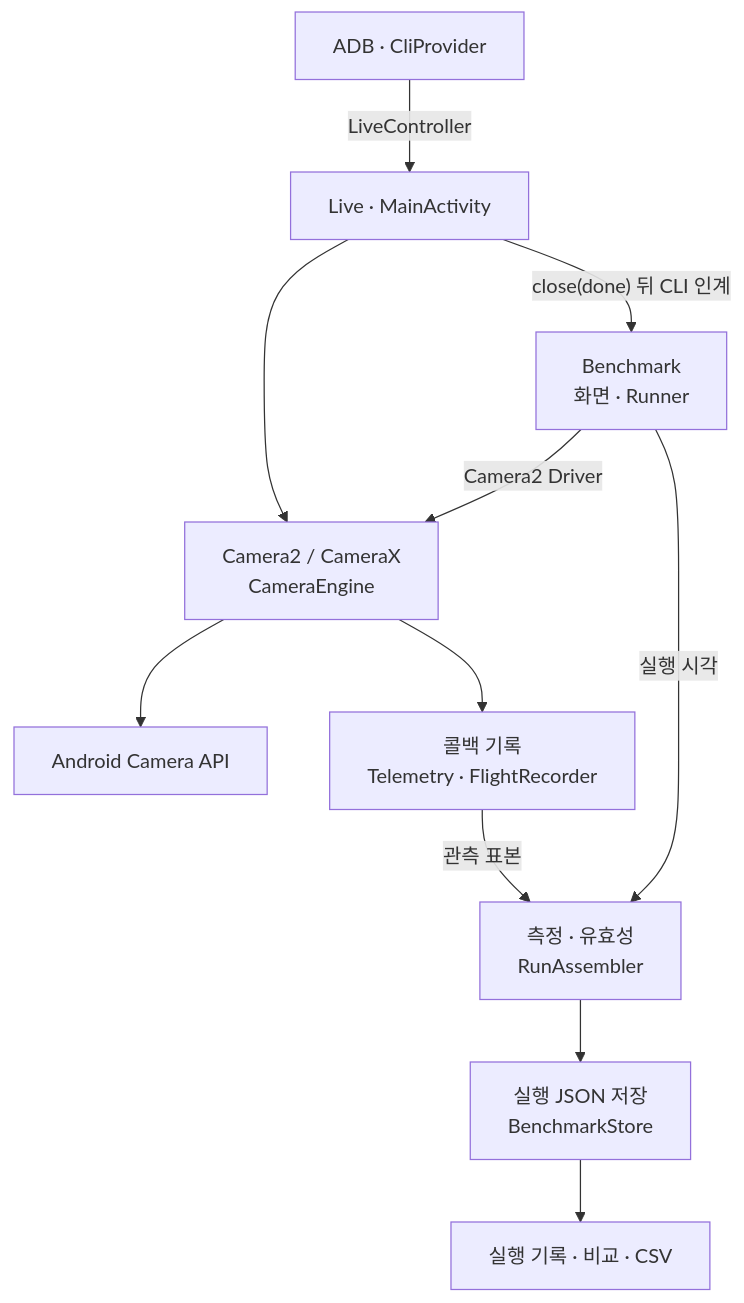
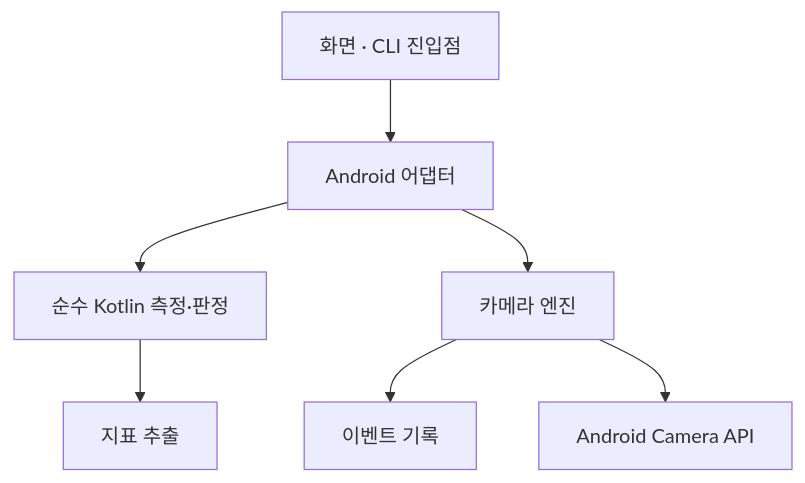
Before and after one commit to TTolsun/hal-camera: the first of 7 diagrams in guide/architecture.md, drawn with Mermaid. The commit also changed other lines of this file and 49 other files, not shown here.

Commit message:
Clarify guide flows with diagrams and concise rules

````diff
--- a/guide/architecture.md
+++ b/guide/architecture.md
@@ -70,13 +72,9 @@
 ```mermaid
-graph TB
-    live["Live · MainActivity"] --> engines["Camera2 / CameraX<br/>CameraEngine"]
-    cli["ADB · CliProvider"] -->|"LiveController"| live
-    bench["Benchmark<br/>화면 · Runner"] -->|"Camera2 Driver"| engines
-    live -->|"close(done) 뒤 CLI 인계"| bench
-    engines --> api["Android Camera API"]
-    engines --> events["콜백 기록<br/>Telemetry · FlightRecorder"]
-    bench -->|"실행 시각"| evaluate["측정 · 유효성<br/>RunAssembler"]
-    events -->|"관측 표본"| evaluate
-    evaluate --> files["실행 JSON 저장<br/>BenchmarkStore"]
-    files --> results["실행 기록 · 비교 · CSV"]
+flowchart TB
+    screens["화면 · CLI 진입점"] --> adapters["Android 어댑터"]
+    adapters --> domain["순수 Kotlin 측정·판정"]
+    adapters --> camera["카메라 엔진"]
+    camera --> telemetry["이벤트 기록"]
+    camera --> api["Android Camera API"]
+    domain --> metrics["지표 추출"]
 ```
````
